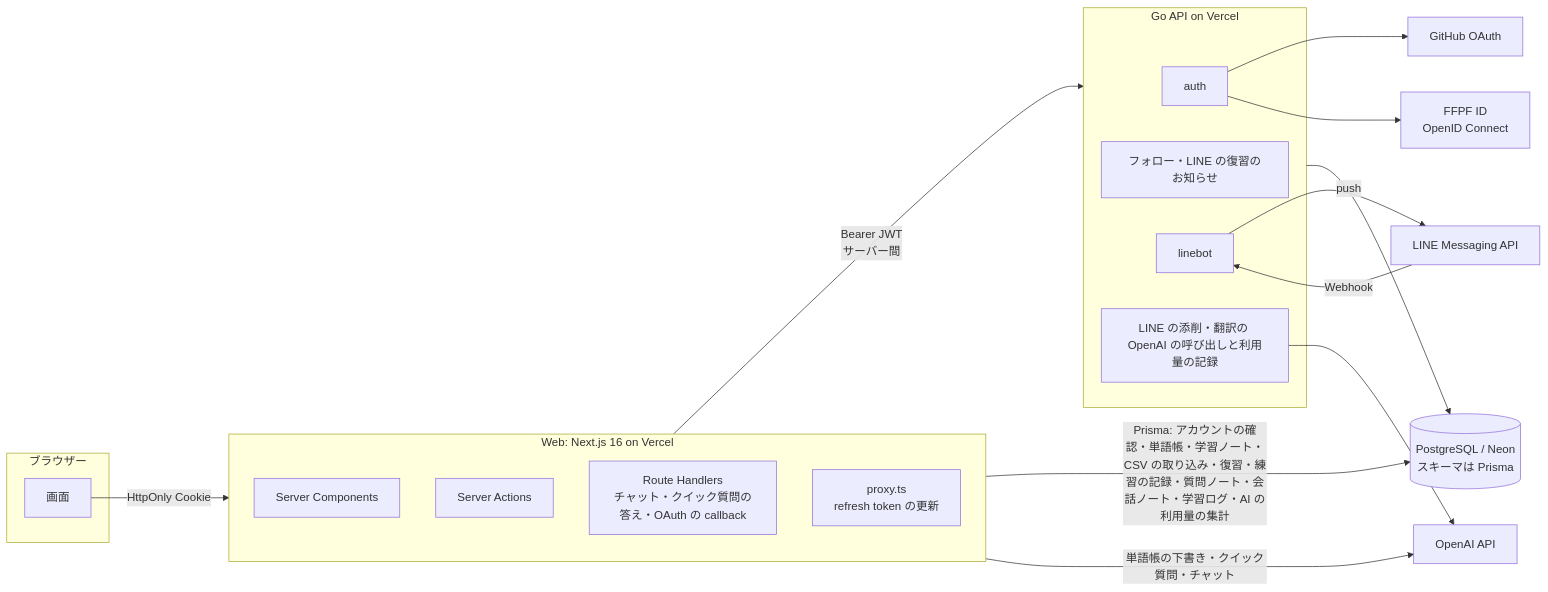
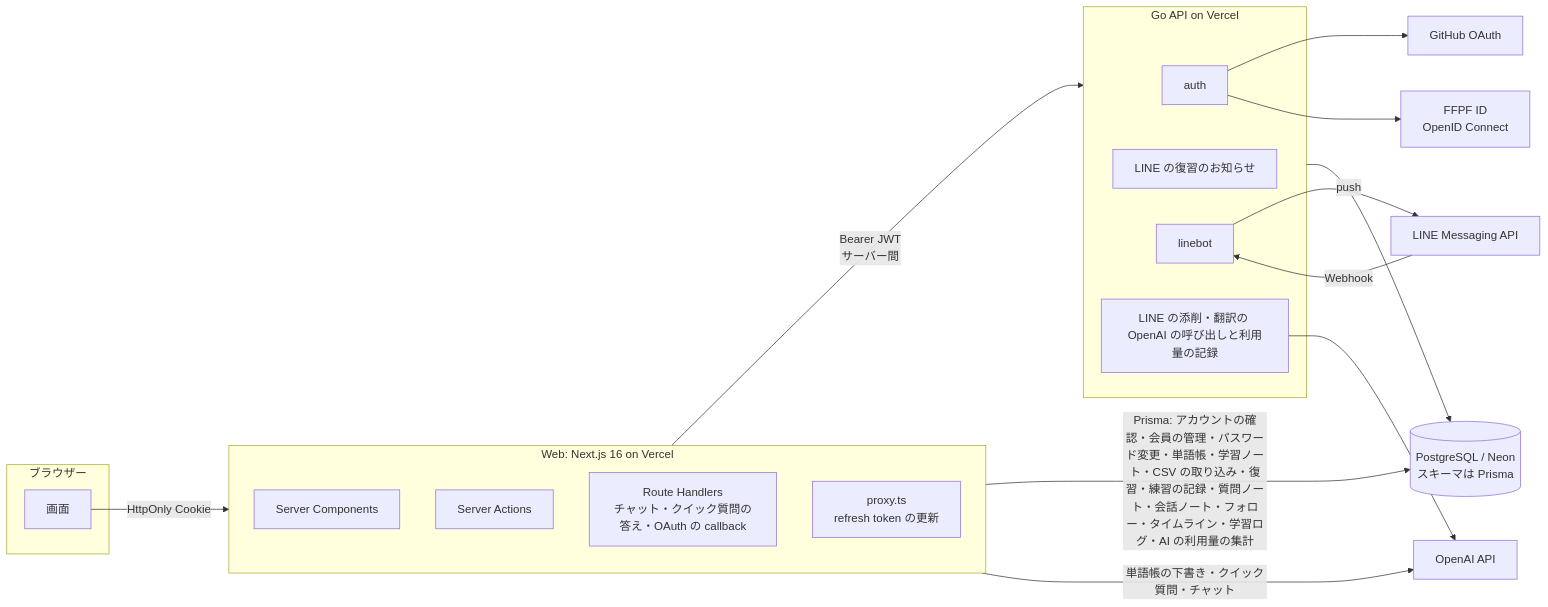
Before and after one commit to Sparklingstadt/ffpf-zhuelog: the first of 2 diagrams in docs/architecture.md, drawn with Mermaid. The commit also changed other lines of this file and 113 other files, not shown here.

First line of the commit message:
Go 廃止の段階 9a：フォロー・タイムライン・会員の一覧を Web に移す (#176)

````diff
--- a/docs/architecture.md
+++ b/docs/architecture.md
@@ -7,34 +7,34 @@
 ```mermaid
 flowchart LR
   subgraph Browser[ブラウザー]
     UI[画面]
   end
   subgraph Web[Web: Next.js 16 on Vercel]
     RSC[Server Components]
     SA[Server Actions]
     RH[Route Handlers<br/>チャット・クイック質問の答え・OAuth の callback]
     PX[proxy.ts<br/>refresh token の更新]
   end
   subgraph API[Go API on Vercel]
     AUTH[auth]
-    DATA[フォロー・LINE の復習のお知らせ]
+    DATA[LINE の復習のお知らせ]
     LINEBOT[linebot]
     AI[LINE の添削・翻訳の OpenAI の呼び出しと利用量の記録]
   end
   DB[(PostgreSQL / Neon<br/>スキーマは Prisma)]
   OpenAI[OpenAI API]
   LINE[LINE Messaging API]
   GH[GitHub OAuth]
   FFPF[FFPF ID<br/>OpenID Connect]
 
   UI -->|HttpOnly Cookie| Web
   Web -->|Bearer JWT<br/>サーバー間| API
   API --> DB
-  Web -->|Prisma: アカウントの確認・単語帳・学習ノート・CSV の取り込み・復習・練習の記録・質問ノート・会話ノート・学習ログ・AI の利用量の集計| DB
+  Web -->|Prisma: アカウントの確認・会員の管理・パスワード変更・単語帳・学習ノート・CSV の取り込み・復習・練習の記録・質問ノート・会話ノート・フォロー・タイムライン・学習ログ・AI の利用量の集計| DB
   Web -->|単語帳の下書き・クイック質問・チャット| OpenAI
   AI --> OpenAI
   LINE -->|Webhook| LINEBOT
   LINEBOT -->|push| LINE
   AUTH --> GH
   AUTH --> FFPF
 ```
````
